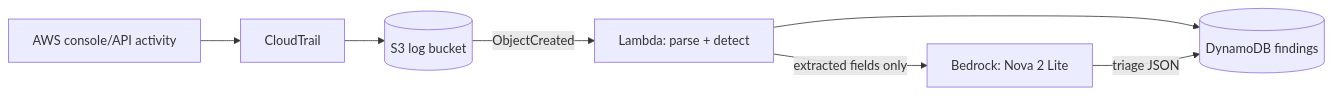
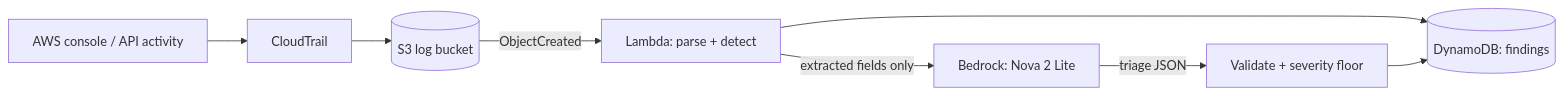
One commit to tyler-le-UVA/AI-assisted-security-log-triage changed the diagram in README.md. Above: the diagram before and after it, drawn with Mermaid. The commit also changed other lines of this file, not shown here.

Commit message:
Add README with architecture, evaluation results, and security design

````diff
--- a/README.md
+++ b/README.md
@@ -5,9 +7,10 @@
 ```mermaid
 flowchart LR
-  A[AWS console/API activity] --> B[CloudTrail]
-  B --> C[(S3 log bucket)]
-  C -->|ObjectCreated| D[Lambda: parse + detect]
-  D --> E[(DynamoDB findings)]
-  D -->|extracted fields only| F[Bedrock: Nova 2 Lite]
-  F -->|triage JSON| E
+  A["AWS console / API activity"] --> B["CloudTrail"]
+  B --> C[("S3 log bucket")]
+  C -->|"ObjectCreated"| D["Lambda: parse + detect"]
+  D --> E[("DynamoDB: findings")]
+  D -->|"extracted fields only"| F["Bedrock: Nova 2 Lite"]
+  F -->|"triage JSON"| G["Validate + severity floor"]
+  G --> E
 ```
````
